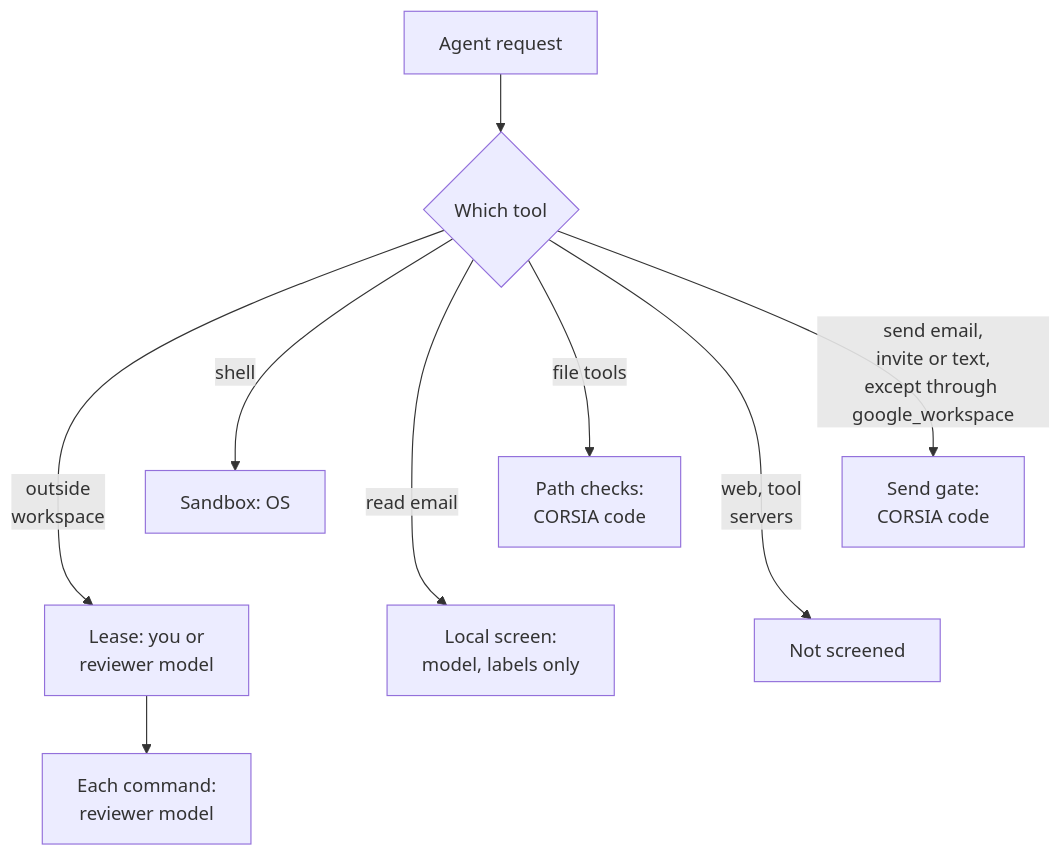
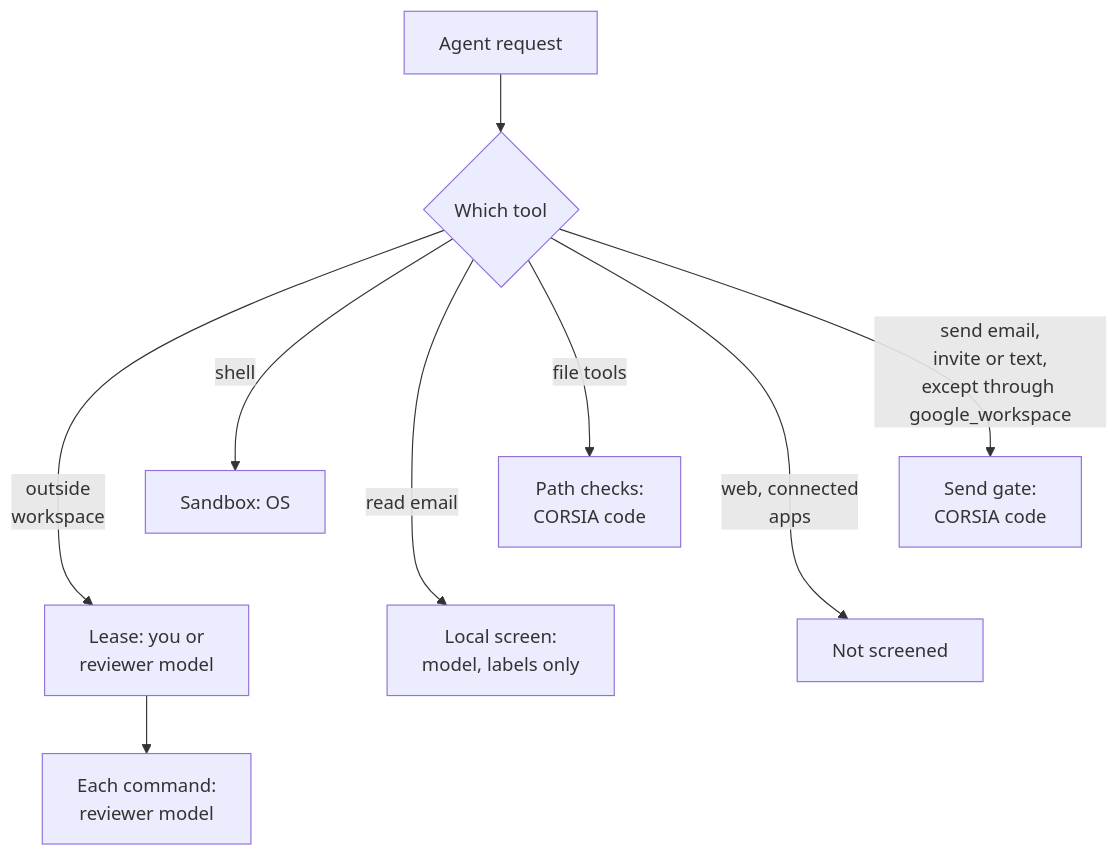
Before and after one commit to cebertowicz/corsia: the diagram in docs/security/threat-model.md, drawn with Mermaid. The commit also changed other lines of this file and 14 other files, not shown here.

````diff
--- a/docs/security/threat-model.md
+++ b/docs/security/threat-model.md
@@ -49,15 +49,15 @@
 ```mermaid
 flowchart TB
     R[Agent request] --> T{Which tool}
     T -->|shell| SB[Sandbox: OS]
     T -->|file tools| FG[Path checks:<br/>CORSIA code]
     T -->|send email,<br/>invite or text,<br/>except through google_workspace| G[Send gate:<br/>CORSIA code]
     T -->|outside<br/>workspace| L[Lease: you or<br/>reviewer model]
     L --> AR[Each command:<br/>reviewer model]
     T -->|read email| ES[Local screen:<br/>model, labels only]
-    T -->|web, tool<br/>servers| X[Not screened]
+    T -->|web, connected<br/>apps| X[Not screened]
     %% invisible links only set the rows, to keep the diagram narrow
     SB ~~~ L
     FG ~~~ ES
     G ~~~ X
 ```
````
